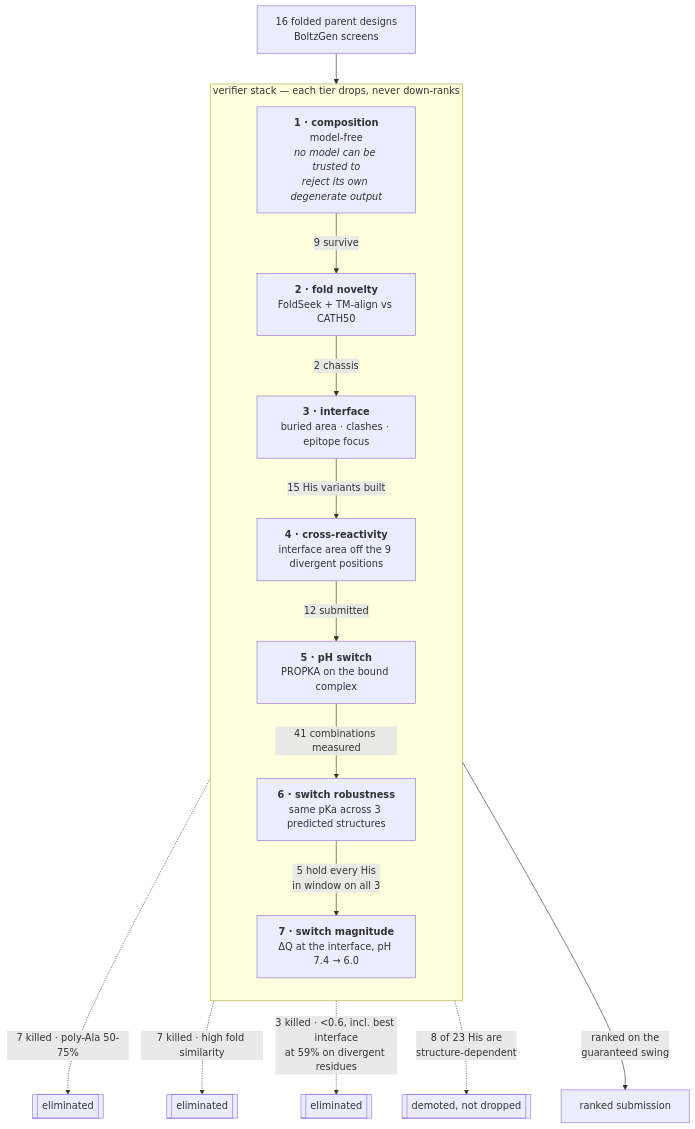
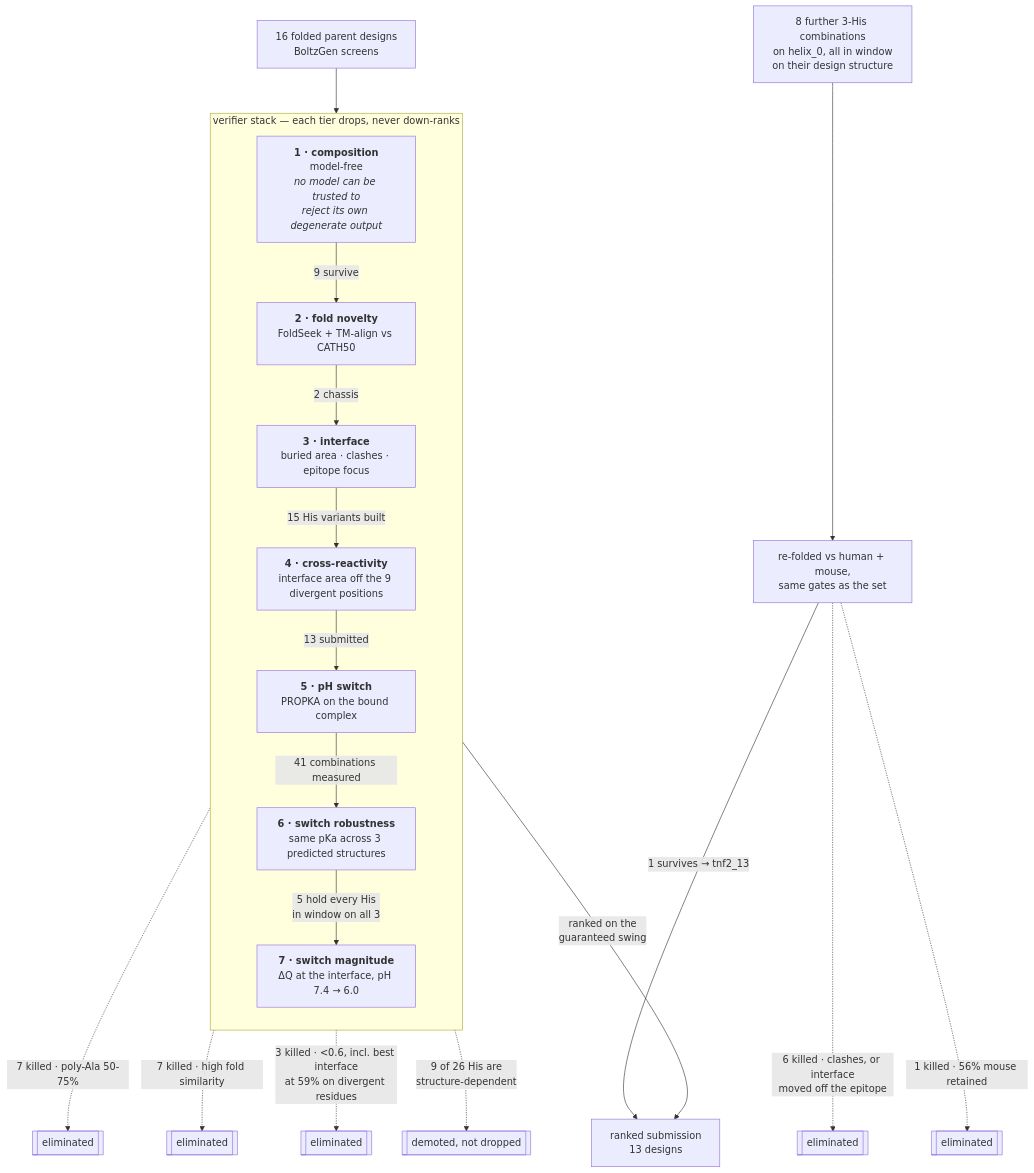
One commit to charleneleong-ai/ai4science changed the diagram in tnf-binder/submission/methodology/methodology.md. Above: the diagram before and after it, drawn with Mermaid. The commit also changed other lines of this file and 6 other files, not shown here.

````diff
--- a/tnf-binder/submission/methodology/methodology.md
+++ b/tnf-binder/submission/methodology/methodology.md
@@ -110,25 +110,30 @@
 ```mermaid
 flowchart TB
     G["16 folded parent designs<br/>BoltzGen screens"] --> V1
     subgraph S["verifier stack — each tier drops, never down-ranks"]
         direction TB
         V1["<b>1 · composition</b><br/>model-free<br/><i>no model can be trusted to<br/>reject its own degenerate output</i>"]
         V2["<b>2 · fold novelty</b><br/>FoldSeek + TM-align vs CATH50"]
         V3["<b>3 · interface</b><br/>buried area · clashes · epitope focus"]
         V4["<b>4 · cross-reactivity</b><br/>interface area off the 9 divergent positions"]
         V5["<b>5 · pH switch</b><br/>PROPKA on the bound complex"]
         V6["<b>6 · switch robustness</b><br/>same pKa across 3 predicted structures"]
         V7["<b>7 · switch magnitude</b><br/>ΔQ at the interface, pH 7.4 → 6.0"]
     end
     V1 -->|"9 survive"| V2
     V1 -.->|"7 killed · poly-Ala 50-75%"| X1[["eliminated"]]
     V2 -->|"2 chassis"| V3
     V2 -.->|"7 killed · high fold similarity"| X2[["eliminated"]]
     V3 -->|"15 His variants built"| V4
-    V4 -->|"12 submitted"| V5
+    V4 -->|"13 submitted"| V5
     V4 -.->|"3 killed · <0.6, incl. best interface<br/>at 59% on divergent residues"| X4[["eliminated"]]
     V5 -->|"41 combinations measured"| V6
     V6 -->|"5 hold every His<br/>in window on all 3"| V7
-    V6 -.->|"8 of 23 His are<br/>structure-dependent"| DEMOTE[["demoted, not dropped"]]
-    V7 -->|"ranked on the<br/>guaranteed swing"| OUT["ranked submission"]
+    V6 -.->|"9 of 26 His are<br/>structure-dependent"| DEMOTE[["demoted, not dropped"]]
+    V7 -->|"ranked on the<br/>guaranteed swing"| OUT["ranked submission<br/>13 designs"]
+    F0["8 further 3-His combinations<br/>on helix_0, all in window<br/>on their design structure"] --> F1
+    F1["re-folded vs human + mouse,<br/>same gates as the set"]
+    F1 -.->|"6 killed · clashes, or interface<br/>moved off the epitope"| XF1[["eliminated"]]
+    F1 -.->|"1 killed · 56% mouse retained"| XF2[["eliminated"]]
+    F1 -->|"1 survives → tnf2_13"| OUT
 ```
````
